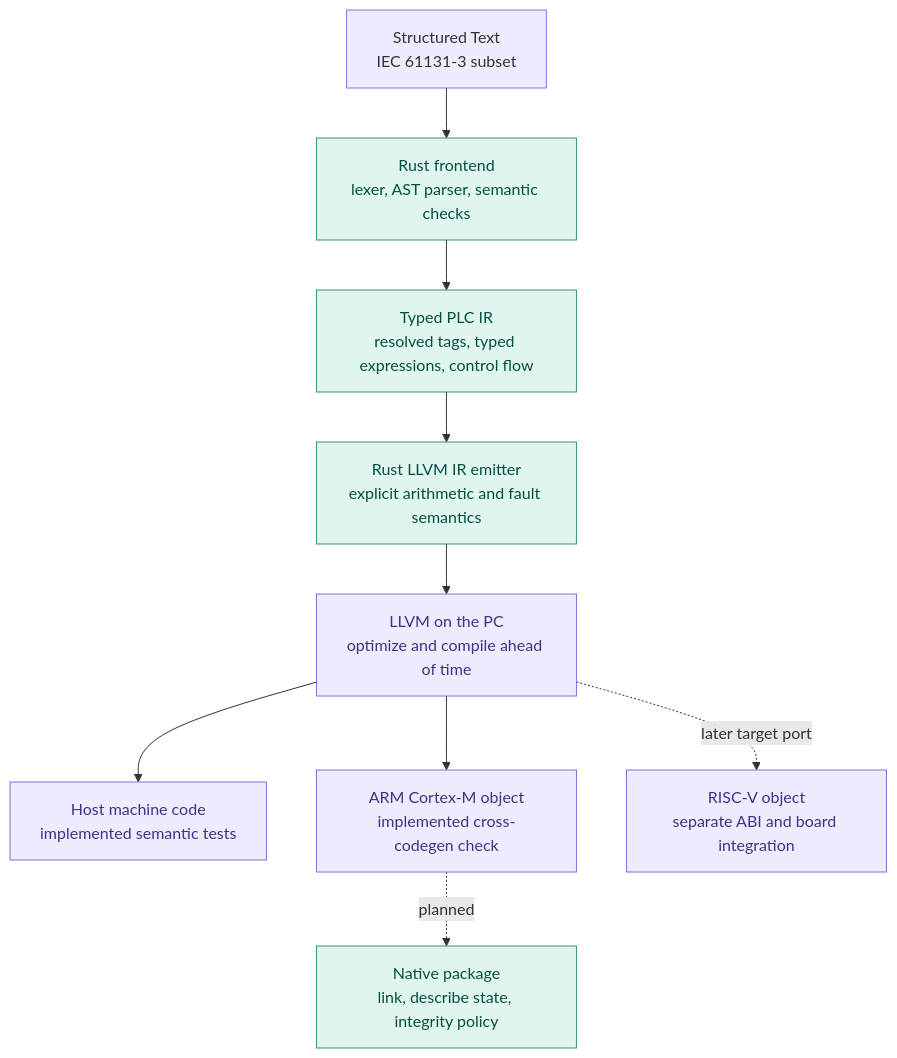
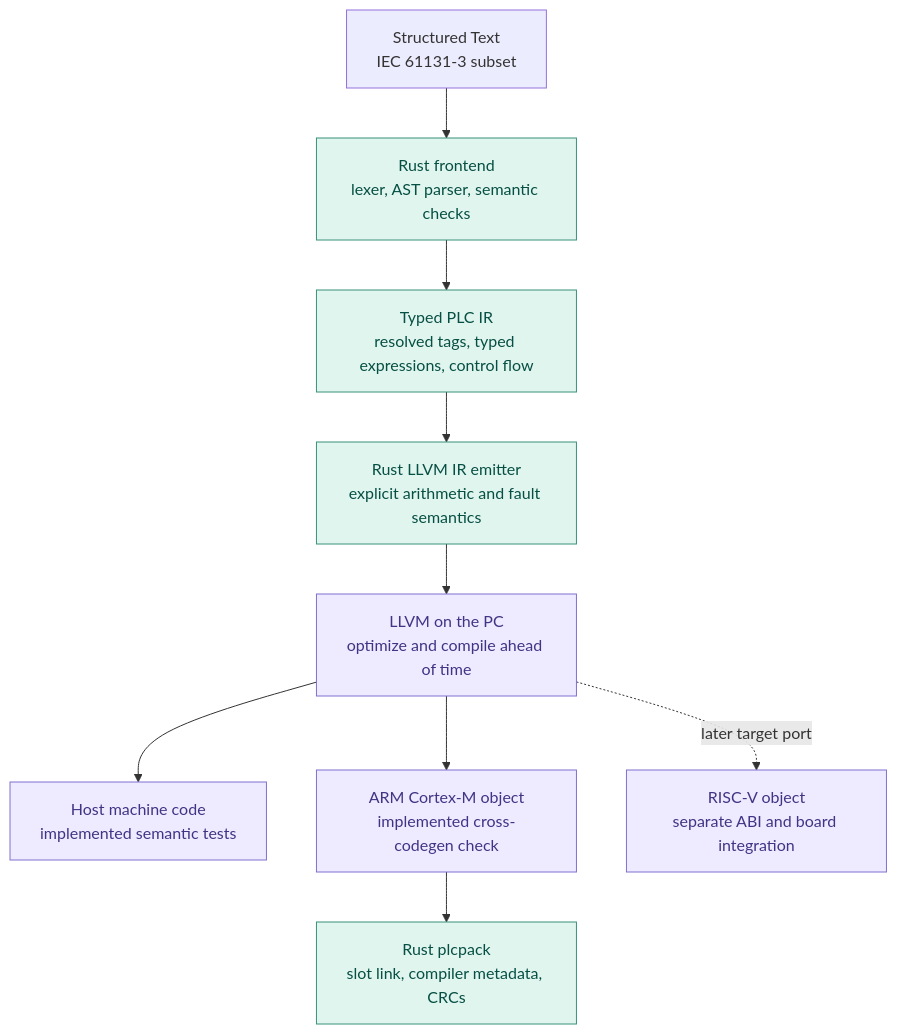
The first of 2 diagrams in docs/native-roadmap.md (sergiogallegos/tinyplc), drawn with Mermaid before and after one commit. The commit also changed other lines of this file and 89 other files, not shown here.

````diff
--- a/docs/native-roadmap.md
+++ b/docs/native-roadmap.md
@@ -41,15 +42,15 @@
 ```mermaid
 flowchart TB
   ST["Structured Text<br/>IEC 61131-3 subset"] --> Front["Rust frontend<br/>lexer, AST parser, semantic checks"]
   Front --> IR["Typed PLC IR<br/>resolved tags, typed expressions, control flow"]
   IR --> Lower["Rust LLVM IR emitter<br/>explicit arithmetic and fault semantics"]
   Lower --> LLVM["LLVM on the PC<br/>optimize and compile ahead of time"]
   LLVM --> Host["Host machine code<br/>implemented semantic tests"]
   LLVM --> ARM["ARM Cortex-M object<br/>implemented cross-codegen check"]
   LLVM -. "later target port" .-> RV["RISC-V object<br/>separate ABI and board integration"]
-  ARM -. "planned" .-> Package["Native package<br/>link, describe state, integrity policy"]
+  ARM --> Package["Rust plcpack<br/>slot link, compiler metadata, CRCs"]
   classDef project fill:#e1f5ef,stroke:#39927d,color:#064f43;
   classDef external fill:#eeeaff,stroke:#8070cf,color:#403484;
   class Front,IR,Lower,Package project;
   class LLVM,Host,ARM,RV external;
 ```
````
